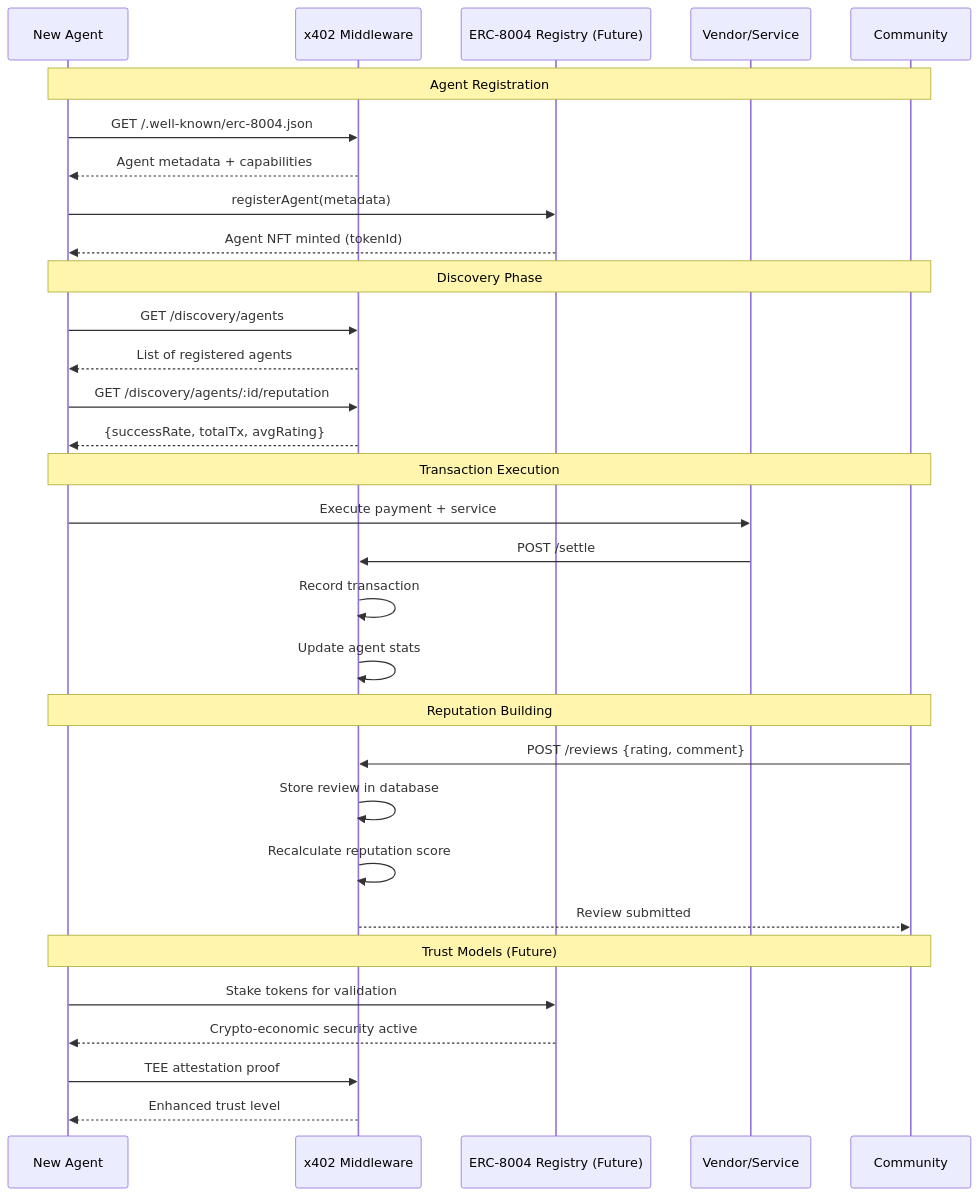
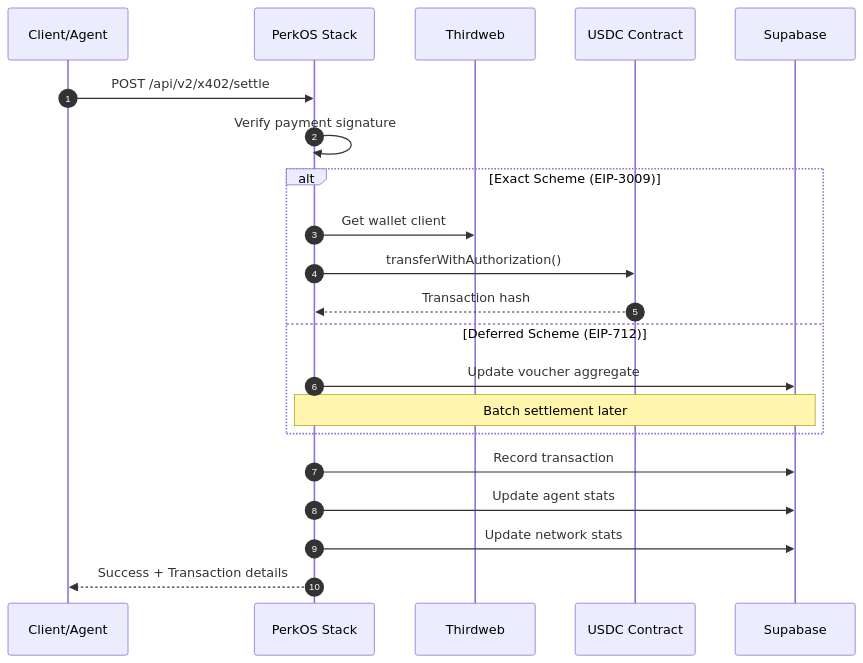
Before and after one commit to PerkOS-xyz/Stack: the tenth of 10 diagrams in README.md, drawn with Mermaid. The commit also changed other lines of this file, not shown here.

````diff
--- a/README.md
+++ b/README.md
@@ -549,38 +690,26 @@
 ```mermaid
 sequenceDiagram
-    participant NewAgent as New Agent
-    participant Middleware as x402 Middleware
-    participant Registry as ERC-8004 Registry (Future)
-    participant Vendor as Vendor/Service
-    participant Community as Community
+    autonumber
+    participant Client as Client/Agent
+    participant Stack as PerkOS Stack
+    participant TW as Thirdweb
+    participant USDC as USDC Contract
+    participant DB as Supabase
 
-    Note over NewAgent,Community: Agent Registration
-    NewAgent->>Middleware: GET /.well-known/erc-8004.json
-    Middleware-->>NewAgent: Agent metadata + capabilities
-    NewAgent->>Registry: registerAgent(metadata)
-    Registry-->>NewAgent: Agent NFT minted (tokenId)
+    Client->>Stack: POST /api/v2/x402/settle
+    Stack->>Stack: Verify payment signature
 
-    Note over NewAgent,Community: Discovery Phase
-    NewAgent->>Middleware: GET /discovery/agents
-    Middleware-->>NewAgent: List of registered agents
-    NewAgent->>Middleware: GET /discovery/agents/:id/reputation
-    Middleware-->>NewAgent: {successRate, totalTx, avgRating}
+    alt Exact Scheme (EIP-3009)
+        Stack->>TW: Get wallet client
+        Stack->>USDC: transferWithAuthorization()
+        USDC-->>Stack: Transaction hash
+    else Deferred Scheme (EIP-712)
+        Stack->>DB: Update voucher aggregate
+        Note over Stack,DB: Batch settlement later
+    end
 
-    Note over NewAgent,Community: Transaction Execution
-    NewAgent->>Vendor: Execute payment + service
-    Vendor->>Middleware: POST /settle
-    Middleware->>Middleware: Record transaction
-    Middleware->>Middleware: Update agent stats
-
-    Note over NewAgent,Community: Reputation Building
-    Community->>Middleware: POST /reviews {rating, comment}
-    Middleware->>Middleware: Store review in database
-    Middleware->>Middleware: Recalculate reputation score
-    Middleware-->>Community: Review submitted
-
-    Note over NewAgent,Community: Trust Models (Future)
-    NewAgent->>Registry: Stake tokens for validation
-    Registry-->>NewAgent: Crypto-economic security active
-    NewAgent->>Middleware: TEE attestation proof
-    Middleware-->>NewAgent: Enhanced trust level
+    Stack->>DB: Record transaction
+    Stack->>DB: Update agent stats
+    Stack->>DB: Update network stats
+    Stack-->>Client: Success + Transaction details
 ```
````
